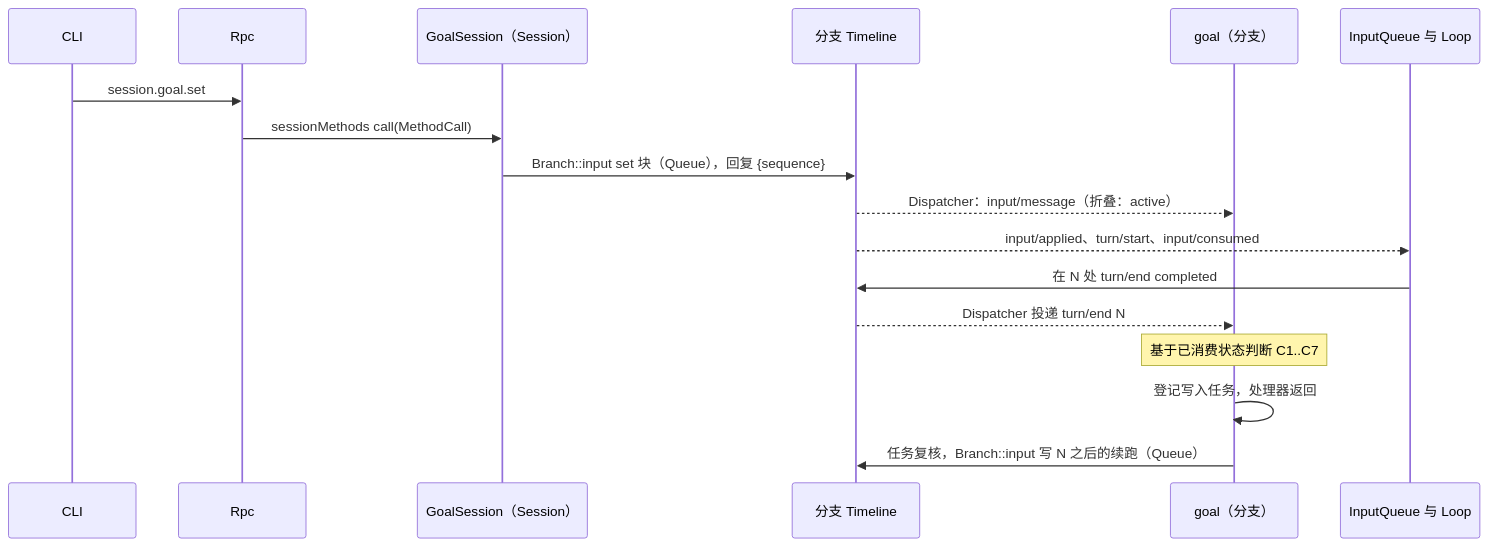
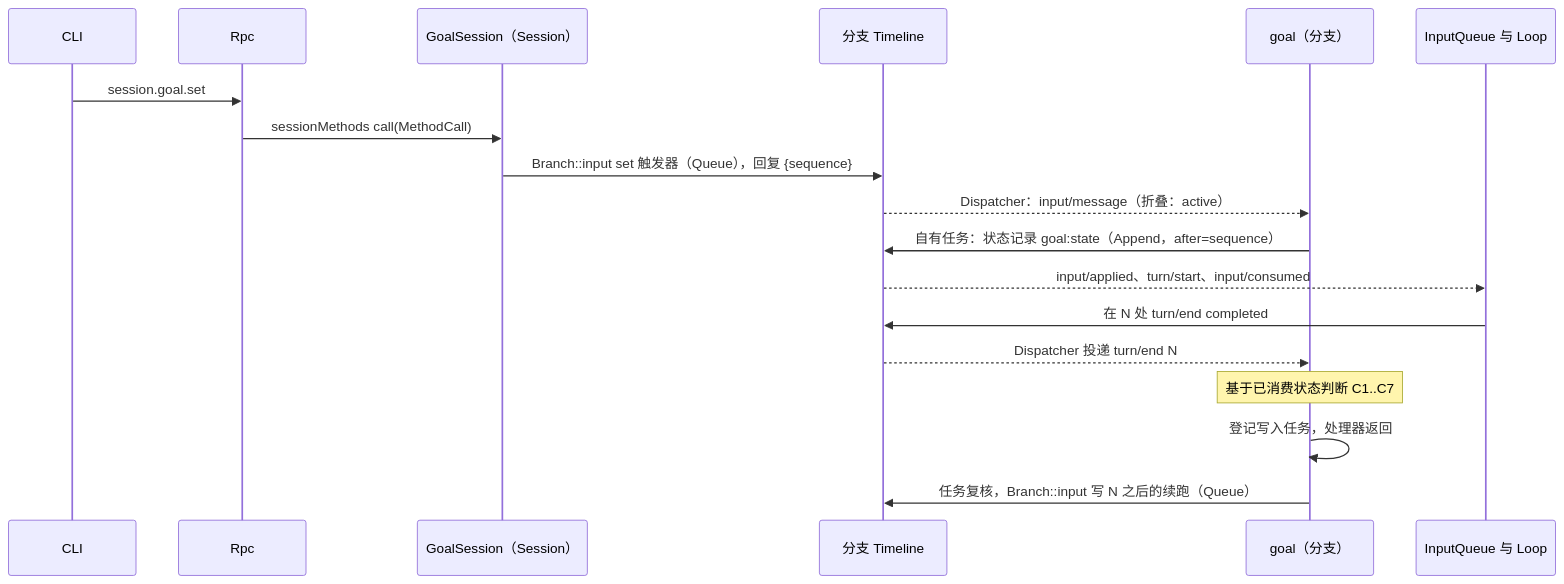
One commit to CoutinhoTTS/dim-agent changed the third of 7 diagrams in docs/zh/design/plugins/Goal.md. Above: the diagram before and after it, drawn with Mermaid. The commit also changed other lines of this file and 23 other files, not shown here.

````diff
--- a/docs/zh/design/plugins/Goal.md
+++ b/docs/zh/design/plugins/Goal.md
@@ -111,19 +119,20 @@
 ```mermaid
 sequenceDiagram
   participant CLI
   participant Rpc
   participant GS as GoalSession（Session）
   participant TL as 分支 Timeline
   participant G as goal（分支）
   participant IQ as InputQueue 与 Loop
   CLI->>Rpc: session.goal.set
   Rpc->>GS: sessionMethods call(MethodCall)
-  GS->>TL: Branch::input set 块（Queue），回复 {sequence}
+  GS->>TL: Branch::input set 触发器（Queue），回复 {sequence}
   TL-->>G: Dispatcher：input/message（折叠：active）
+  G->>TL: 自有任务：状态记录 goal:state（Append，after=sequence）
   TL-->>IQ: input/applied、turn/start、input/consumed
   IQ->>TL: 在 N 处 turn/end completed
   TL-->>G: Dispatcher 投递 turn/end N
   Note over G: 基于已消费状态判断 C1..C7
   G->>G: 登记写入任务，处理器返回
   G->>TL: 任务复核，Branch::input 写 N 之后的续跑（Queue）
 ```
````
